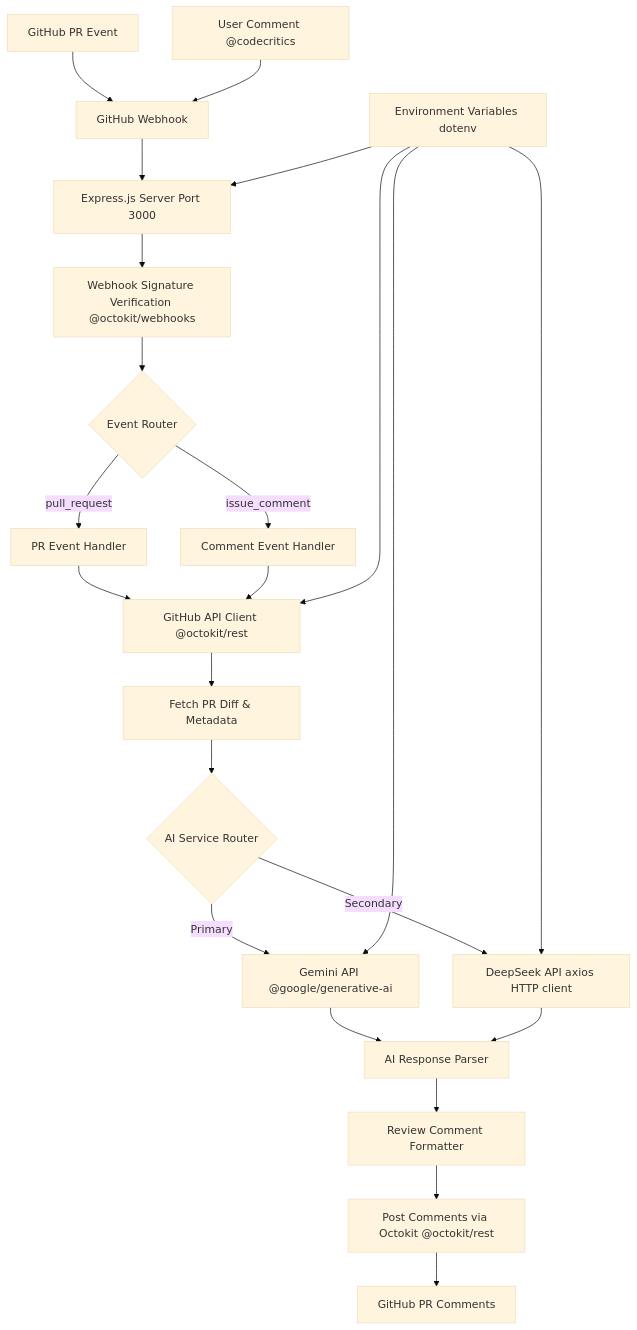
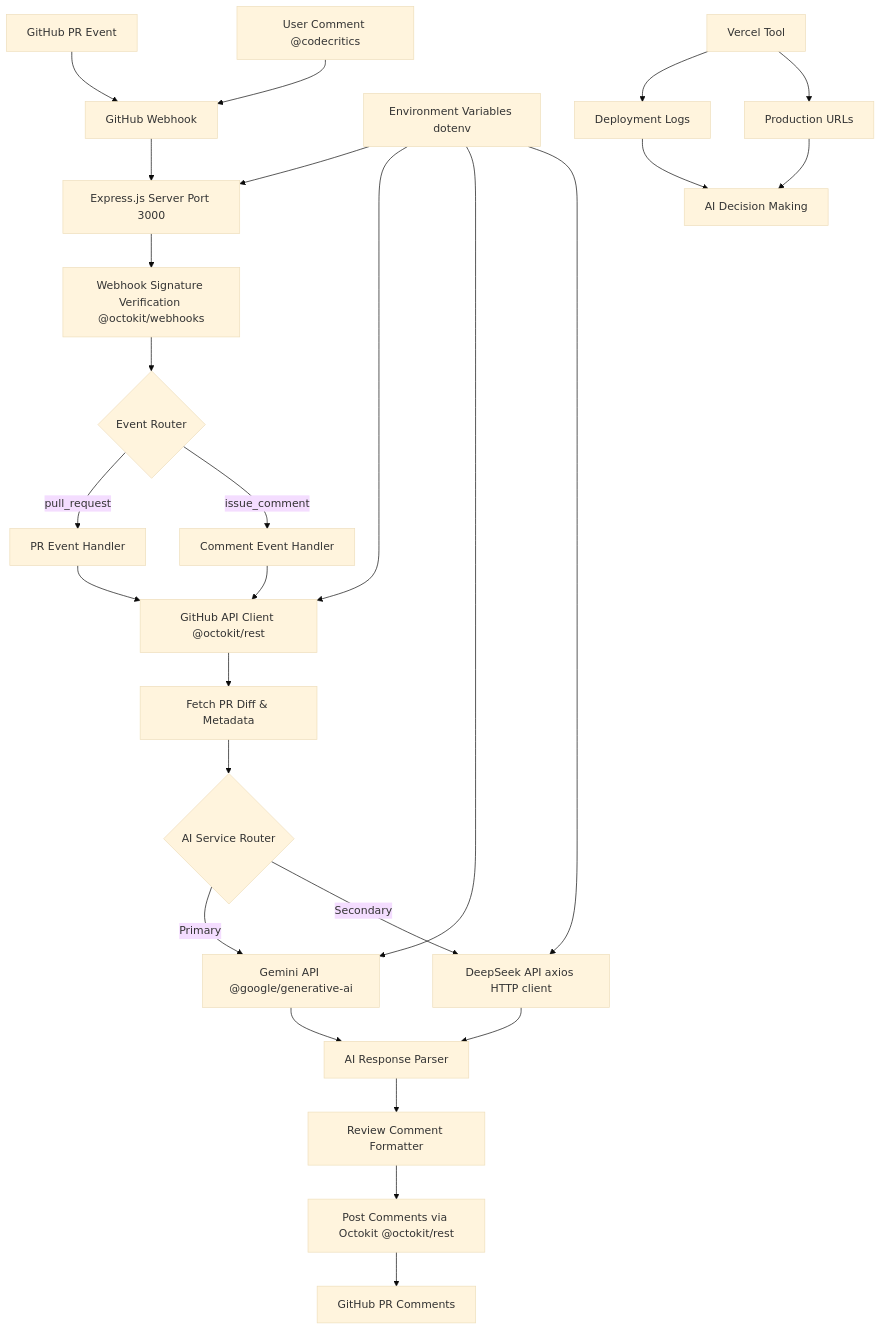
One commit to yudaferry/Code-Critics changed the diagram in memory-bank/techContext.md. Above: the diagram before and after it, drawn with Mermaid (base theme). The commit also changed other lines of this file and 5 other files, not shown here.

````diff
--- a/memory-bank/techContext.md
+++ b/memory-bank/techContext.md
@@ -107,32 +108,37 @@
 ```mermaid
 graph TD
     A[GitHub PR Event] --> B[GitHub Webhook]
     C[User Comment @codecritics] --> B
     
     B --> D[Express.js Server Port 3000]
     D --> E[Webhook Signature Verification @octokit/webhooks]
     
     E --> F{Event Router}
     F -->|pull_request| G[PR Event Handler]
     F -->|issue_comment| H[Comment Event Handler]
     
     G --> I[GitHub API Client @octokit/rest]
     H --> I
     I --> J[Fetch PR Diff & Metadata]
     
     J --> K{AI Service Router}
     K -->|Primary| L[Gemini API @google/generative-ai]
     K -->|Secondary| M[DeepSeek API axios HTTP client]
     
     L --> N[AI Response Parser]
     M --> N
     N --> O[Review Comment Formatter]
     
     O --> P[Post Comments via Octokit @octokit/rest]
     P --> Q[GitHub PR Comments]
     
     R[Environment Variables dotenv] --> D
     R --> I
     R --> L
     R --> M
+    
+    S[Vercel Tool] --> T[Deployment Logs]
+    S --> U[Production URLs]
+    T --> V[AI Decision Making]
+    U --> V
 ```
````
